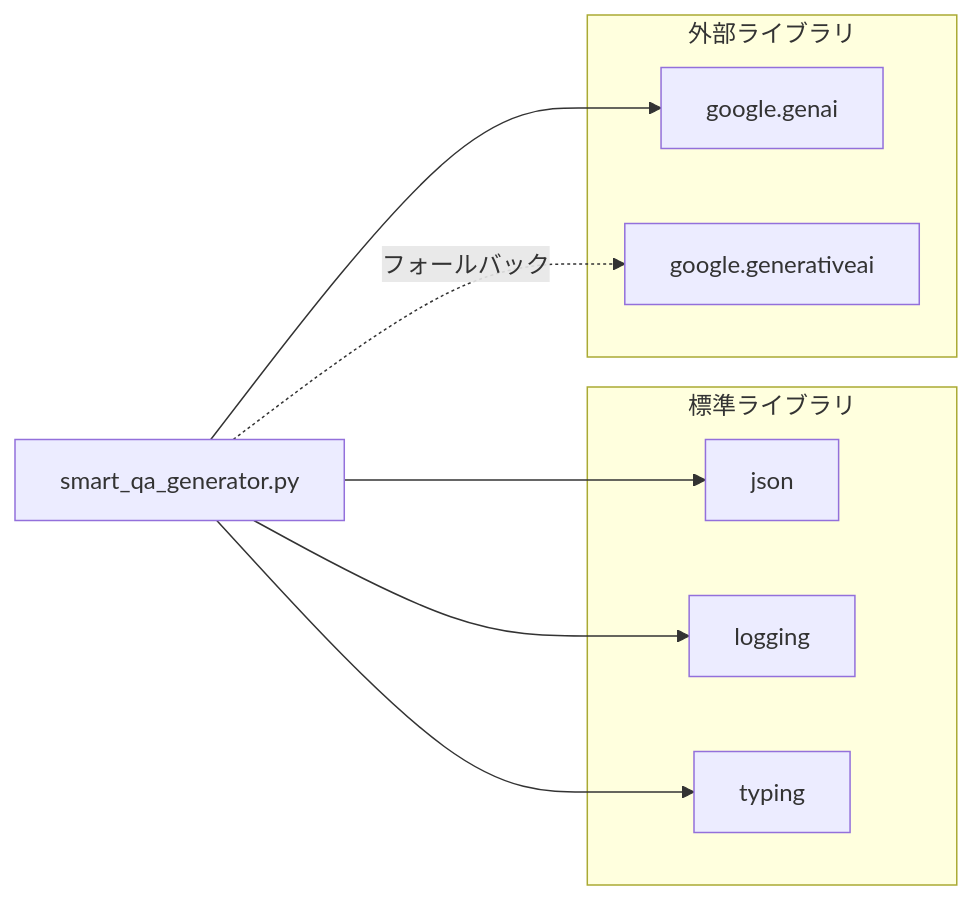
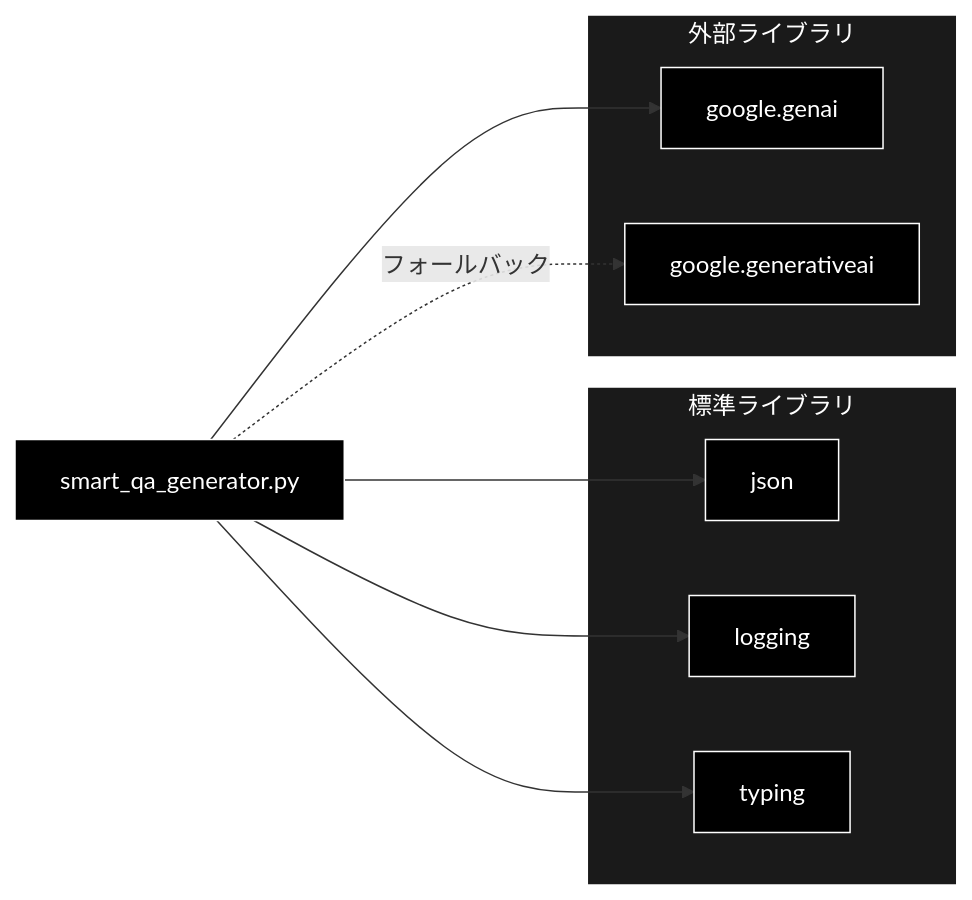
The sixth of 8 diagrams in qa_qdrant/docs/make_qa_qapipeline.md (nakashima2toshio/grace_v2_local), drawn with Mermaid before and after one commit. The commit also changed other lines of this file and 4 other files, not shown here.

First line of the commit message:
docs: Mermaid 26 図に黒背景スタイルを適用する

````diff
--- a/qa_qdrant/docs/make_qa_qapipeline.md
+++ b/qa_qdrant/docs/make_qa_qapipeline.md
@@ -847,21 +879,26 @@
 ```mermaid
 flowchart LR
     SMART_GEN[smart_qa_generator.py]
 
     subgraph STDLIB["標準ライブラリ"]
         JSON[json]
         LOGGING[logging]
         TYPING[typing]
     end
 
     subgraph EXTERNAL["外部ライブラリ"]
         GENAI_NEW[google.genai]
         GENAI_OLD[google.generativeai]
     end
 
     SMART_GEN --> JSON
     SMART_GEN --> LOGGING
     SMART_GEN --> TYPING
     SMART_GEN --> GENAI_NEW
     SMART_GEN -.->|フォールバック| GENAI_OLD
+classDef default fill:#000,stroke:#fff,color:#fff
+classDef subgraphStyle fill:#1a1a1a,stroke:#fff,color:#fff
+class SMART_GEN,JSON,LOGGING,TYPING,GENAI_NEW,GENAI_OLD default
+style STDLIB fill:#1a1a1a,stroke:#fff,color:#fff
+style EXTERNAL fill:#1a1a1a,stroke:#fff,color:#fff
 ```
````
